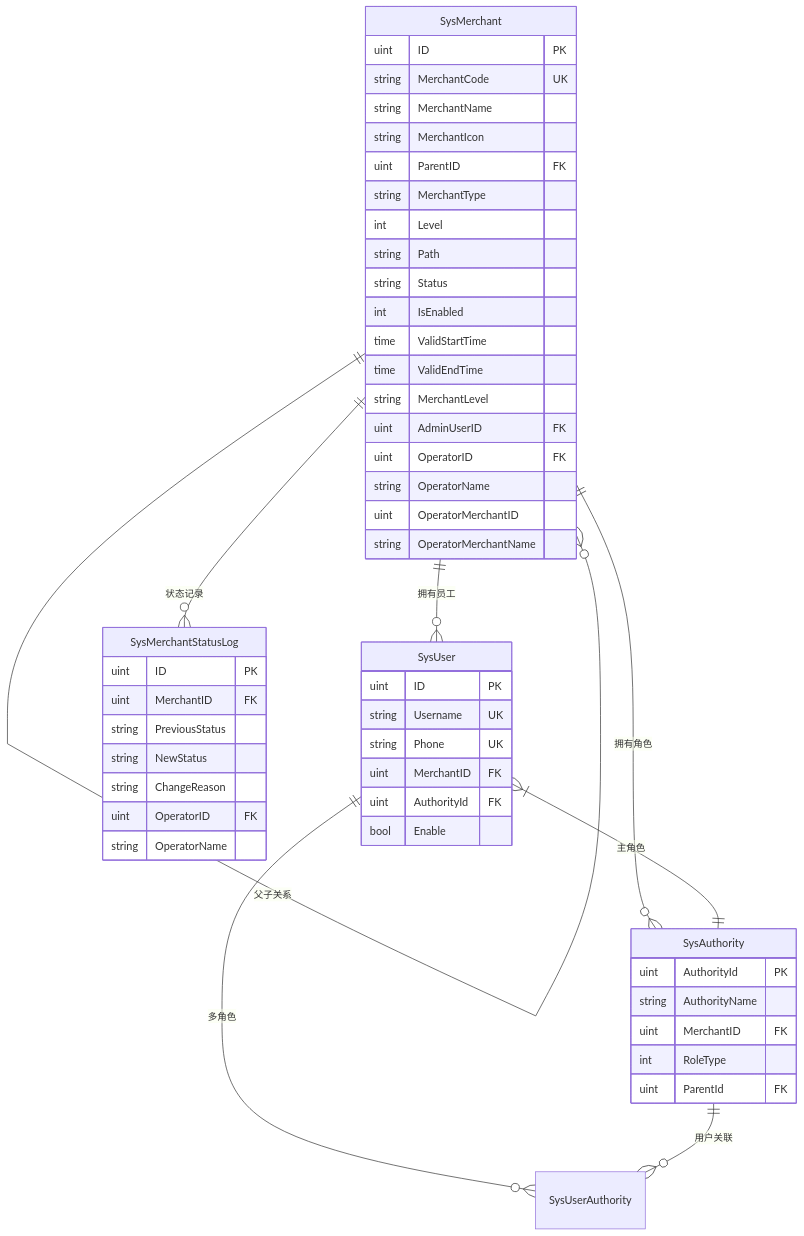
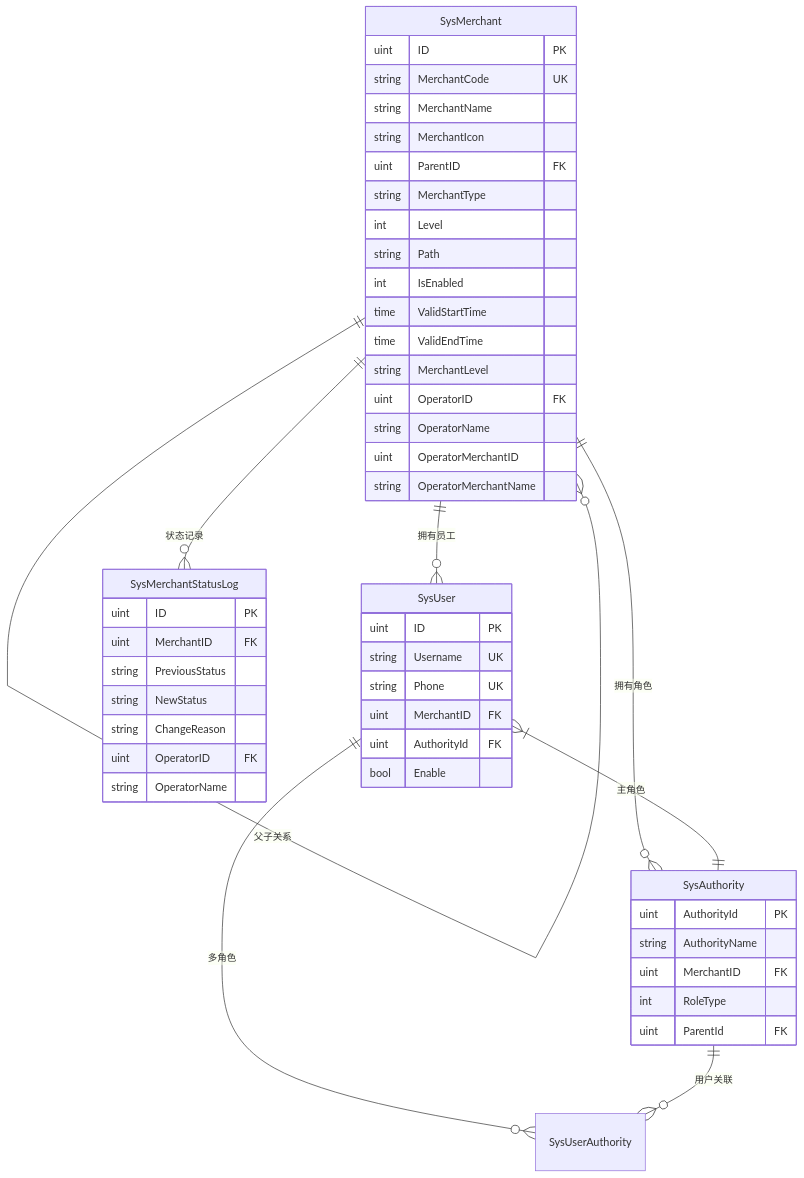
The third of 17 diagrams in .qoder/quests/merchant-management-feature.md (lele0124/qqgva), drawn with Mermaid before and after one commit. The commit also changed other lines of this file, not shown here.

````diff
--- a/.qoder/quests/merchant-management-feature.md
+++ b/.qoder/quests/merchant-management-feature.md
@@ -395,63 +719,61 @@
 ```mermaid
 erDiagram
     SysMerchant ||--o{ SysMerchant : "父子关系"
 
     
     SysMerchant ||--o{ SysMerchant : "父子关系"
     SysMerchant ||--o{ SysUser : "拥有员工"
     SysMerchant ||--o{ SysAuthority : "拥有角色"
     SysMerchant ||--o{ SysMerchantStatusLog : "状态记录"
     
     SysUser }|--|| SysAuthority : "主角色"
     SysUser ||--o{ SysUserAuthority : "多角色"
     
     SysAuthority ||--o{ SysUserAuthority : "用户关联"
     
     SysMerchant {
         uint ID PK
         string MerchantCode UK
         string MerchantName
         string MerchantIcon
         uint ParentID FK
         string MerchantType
         int Level
         string Path
-        string Status
         int IsEnabled
         time ValidStartTime
         time ValidEndTime
         string MerchantLevel
-        uint AdminUserID FK
         uint OperatorID FK
         string OperatorName
         uint OperatorMerchantID
         string OperatorMerchantName
     }
     
     SysUser {
         uint ID PK
         string Username UK
         string Phone UK
         uint MerchantID FK
         uint AuthorityId FK
         bool Enable
     }
     
     SysAuthority {
         uint AuthorityId PK
         string AuthorityName
         uint MerchantID FK
         int RoleType
         uint ParentId FK
     }
     
     SysMerchantStatusLog {
         uint ID PK
         uint MerchantID FK
         string PreviousStatus
         string NewStatus
         string ChangeReason
         uint OperatorID FK
         string OperatorName
     }
 ```
````
